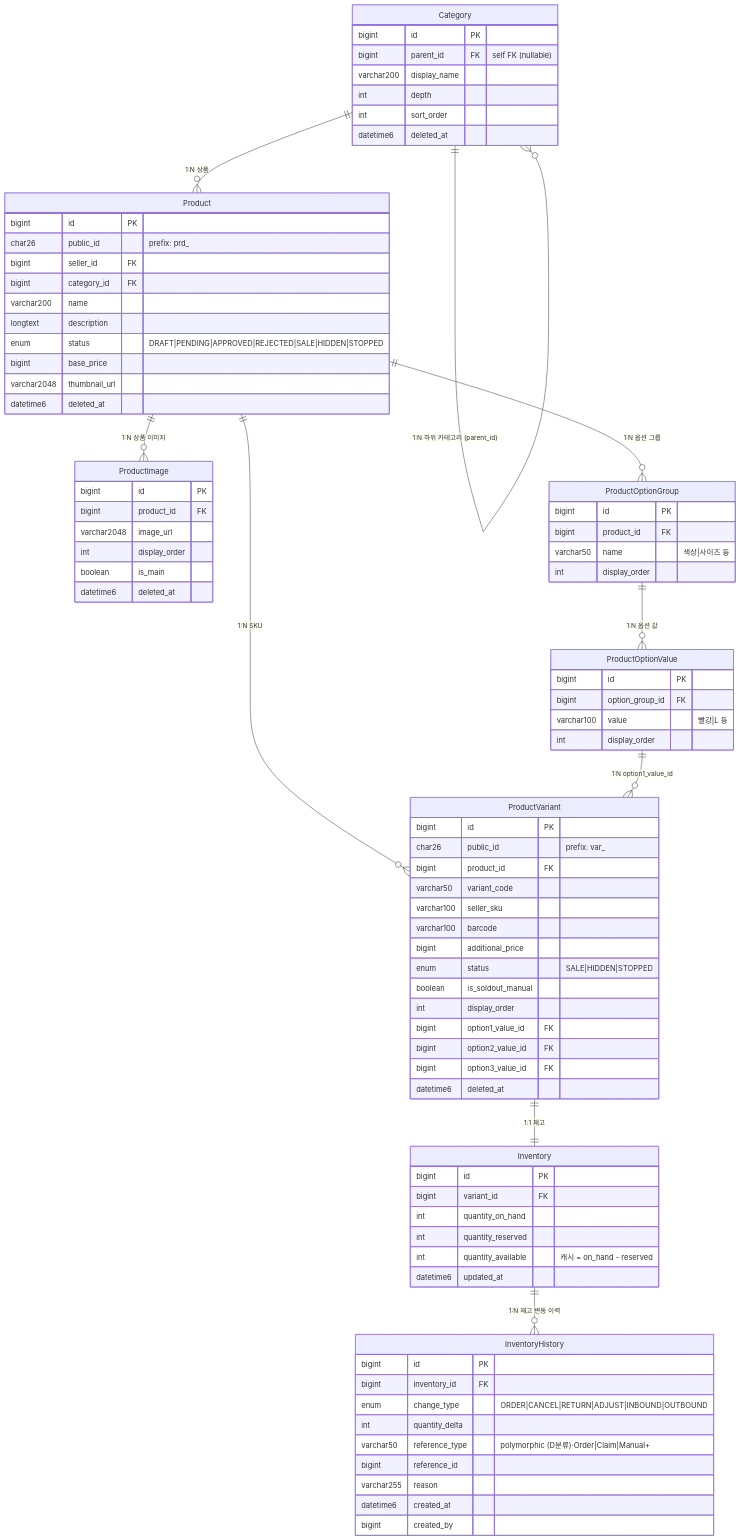
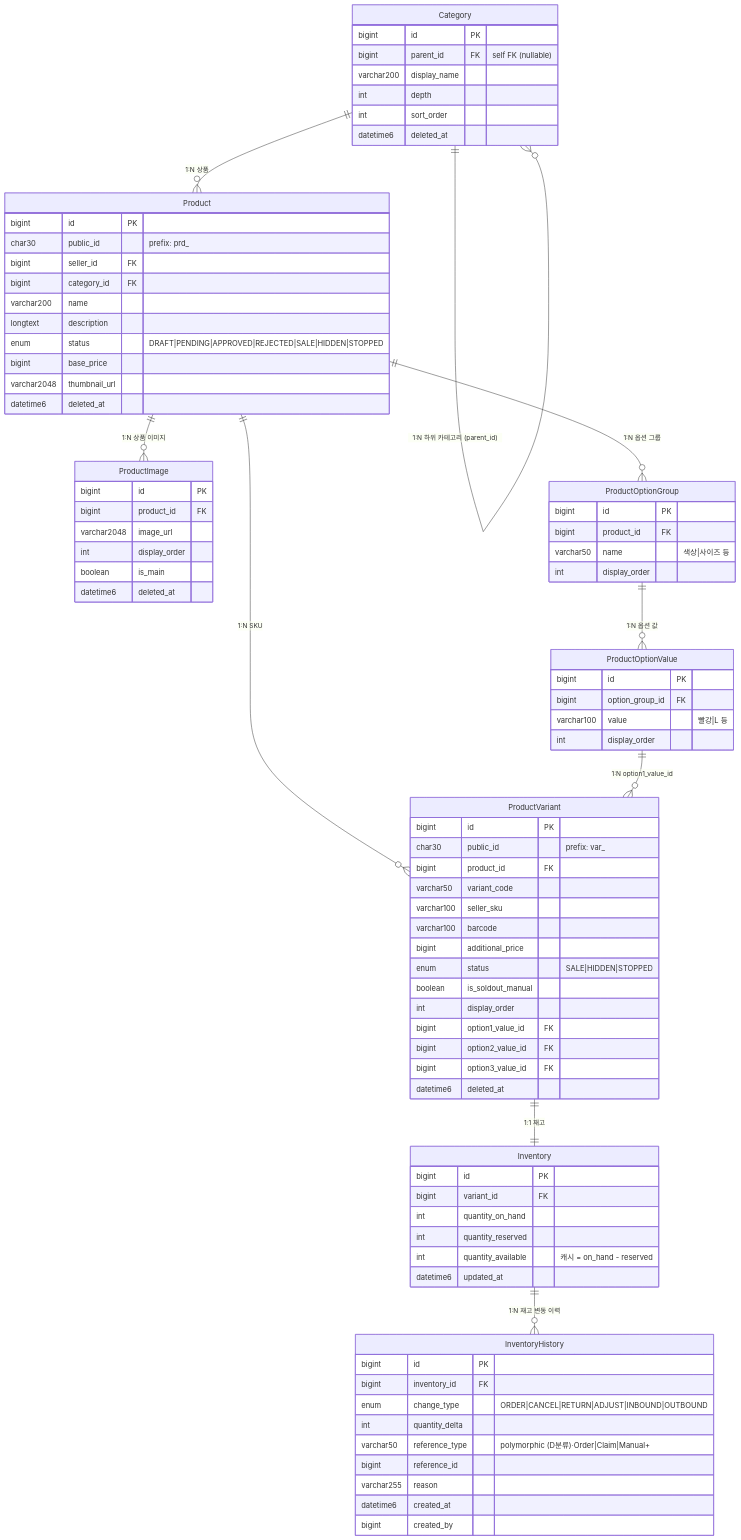
Before and after one commit to zeus721-zslab/zslab-mall: the diagram in docs/design/erd/03-product-inventory.md, drawn with Mermaid. The commit also changed 11 other files, not shown here.

First line of the commit message:
fix(pr-04.5): architecture-baseline 정합성 정정 (M-21/M-22/ADR-006)

```diff
--- a/docs/design/erd/03-product-inventory.md
+++ b/docs/design/erd/03-product-inventory.md
@@ -19,7 +19,7 @@
 
     Product {
         bigint id PK
-        char26 public_id "prefix: prd_"
+        char30 public_id "prefix: prd_"
         bigint seller_id FK
         bigint category_id FK
         varchar200 name
@@ -55,7 +55,7 @@
 
     ProductVariant {
         bigint id PK
-        char26 public_id "prefix: var_"
+        char30 public_id "prefix: var_"
         bigint product_id FK
         varchar50 variant_code
         varchar100 seller_sku
```
